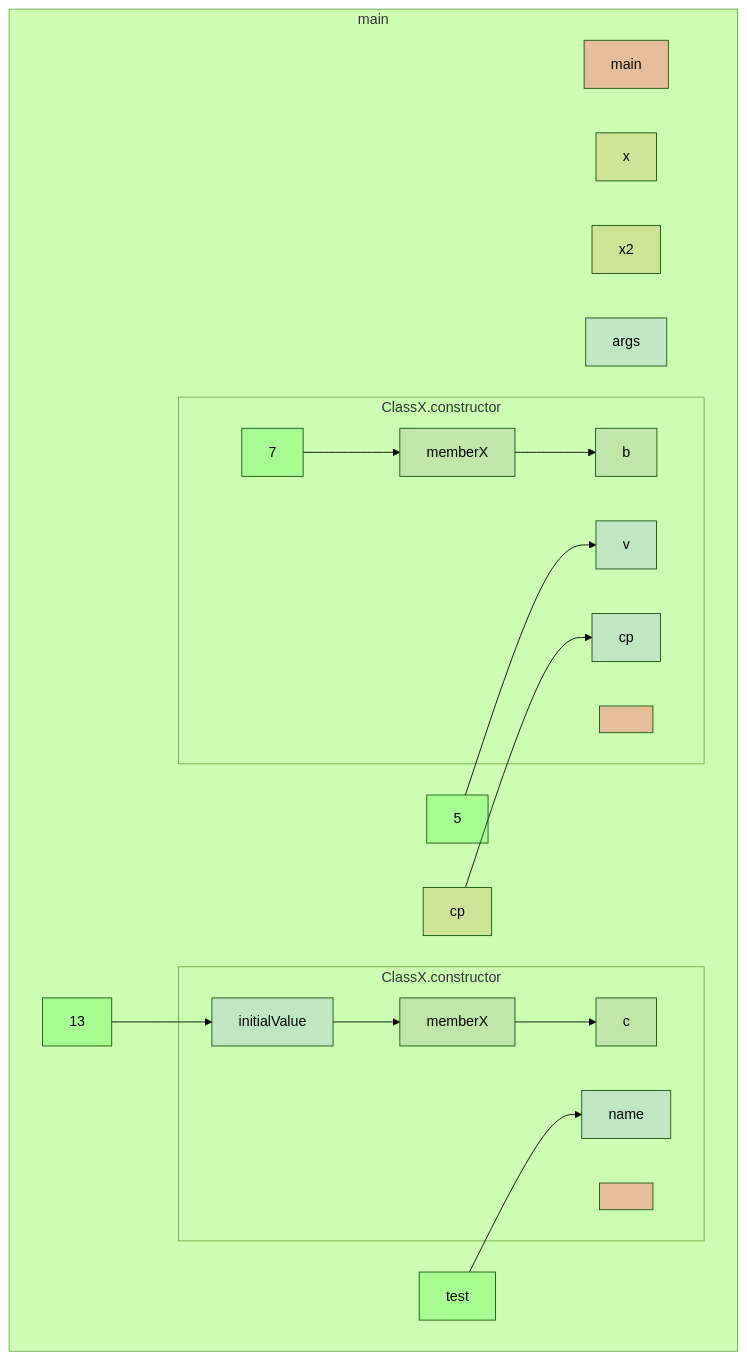
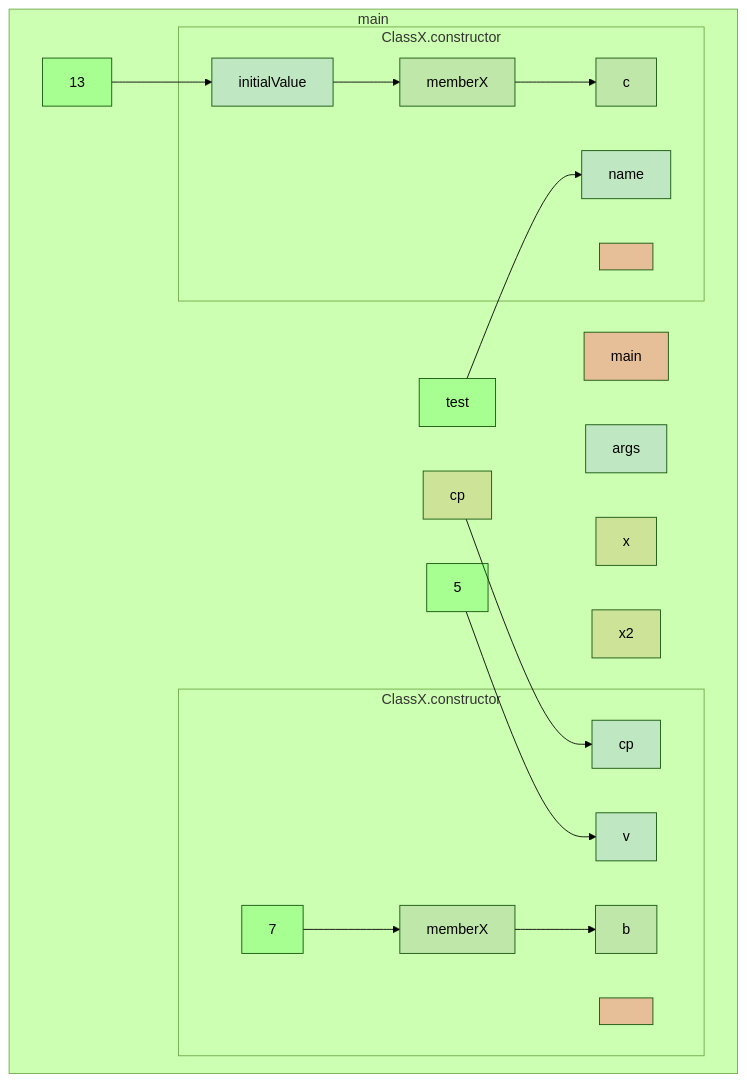
Before and after one commit to gstiebler/codeflow: the diagram in app/src/test/resources/constructor/truth.md, drawn with Mermaid (forest theme). The commit also changed 22 other files, not shown here.

````diff
--- a/app/src/test/resources/constructor/truth.md
+++ b/app/src/test/resources/constructor/truth.md
@@ -1,42 +1,42 @@
 ```mermaid
 flowchart TD
-  subgraph 4309014["main"]
-    56853577[main]:::RETURN
-    303492807[cp]:::OBJ_VARIABLE
-    303494427[x]:::OBJ_VARIABLE
-    303521345[5]:::LITERAL
-    303527658[b]:::VARIABLE
-    303610371[13]:::LITERAL
-    303618973[x2]:::OBJ_VARIABLE
-    304237851[c]:::VARIABLE
-    354416837[args]:::FUNC_PARAM
-    18725509039["test"]:::LITERAL
-    303492807[cp]:::OBJ_VARIABLE --> 1520911341[cp]:::FUNC_PARAM
-    303521345[5]:::LITERAL --> 1520856602[v]:::FUNC_PARAM
-    303610371[13]:::LITERAL --> -5988238332[initialValue]:::FUNC_PARAM
-    18725509039["test"]:::LITERAL --> 1181382668[name]:::FUNC_PARAM
-    subgraph -1651525774["ClassX.constructor"]
-      1520856602[v]:::FUNC_PARAM
-      1520888980[7]:::LITERAL
-      1520911341[cp]:::FUNC_PARAM
-      16434485514[memberX]:::VARIABLE
-      31211203006[<init>]:::RETURN
-      1520888980[7]:::LITERAL --> 16434485514[memberX]:::VARIABLE
-      16434485514[memberX]:::VARIABLE --> 303527658[b]:::VARIABLE
+  subgraph b0["main"]
+    n1[main]:::RETURN
+    n2[args]:::FUNC_PARAM
+    n3[cp]:::OBJ_VARIABLE
+    n4[x]:::OBJ_VARIABLE
+    n9[5]:::LITERAL
+    n12[b]:::VARIABLE
+    n13[x2]:::OBJ_VARIABLE
+    n18[13]:::LITERAL
+    n19["test"]:::LITERAL
+    n21[c]:::VARIABLE
+    n3[cp]:::OBJ_VARIABLE --> n8[cp]:::FUNC_PARAM
+    n9[5]:::LITERAL --> n7[v]:::FUNC_PARAM
+    n18[13]:::LITERAL --> n16[initialValue]:::FUNC_PARAM
+    n19["test"]:::LITERAL --> n17[name]:::FUNC_PARAM
+    subgraph b5["ClassX.constructor"]
+      n6[<init>]:::RETURN
+      n7[v]:::FUNC_PARAM
+      n8[cp]:::FUNC_PARAM
+      n10[memberX]:::VARIABLE
+      n11[7]:::LITERAL
+      n10[memberX]:::VARIABLE --> n12[b]:::VARIABLE
+      n11[7]:::LITERAL --> n10[memberX]:::VARIABLE
     end
-    subgraph -1648462470["ClassX.constructor"]
-      -5988238332[initialValue]:::FUNC_PARAM
-      1181382668[name]:::FUNC_PARAM
-      16434568306[memberX]:::VARIABLE
-      31211285798[<init>]:::RETURN
-      -5988238332[initialValue]:::FUNC_PARAM --> 16434568306[memberX]:::VARIABLE
-      16434568306[memberX]:::VARIABLE --> 304237851[c]:::VARIABLE
+    subgraph b14["ClassX.constructor"]
+      n15[<init>]:::RETURN
+      n16[initialValue]:::FUNC_PARAM
+      n17[name]:::FUNC_PARAM
+      n20[memberX]:::VARIABLE
+      n16[initialValue]:::FUNC_PARAM --> n20[memberX]:::VARIABLE
+      n20[memberX]:::VARIABLE --> n21[c]:::VARIABLE
     end
   end
   classDef LITERAL fill:#00FF0030
   classDef VARIABLE fill:#80808030
   classDef BIN_OP fill:#80808080
   classDef FUNC_PARAM fill:#8080FF30
   classDef RETURN fill:#FF808080
   classDef EXTERNAL fill:#FFA50040
 ```
````
